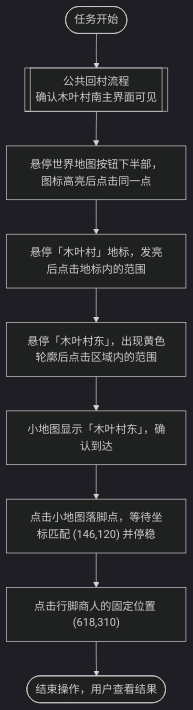
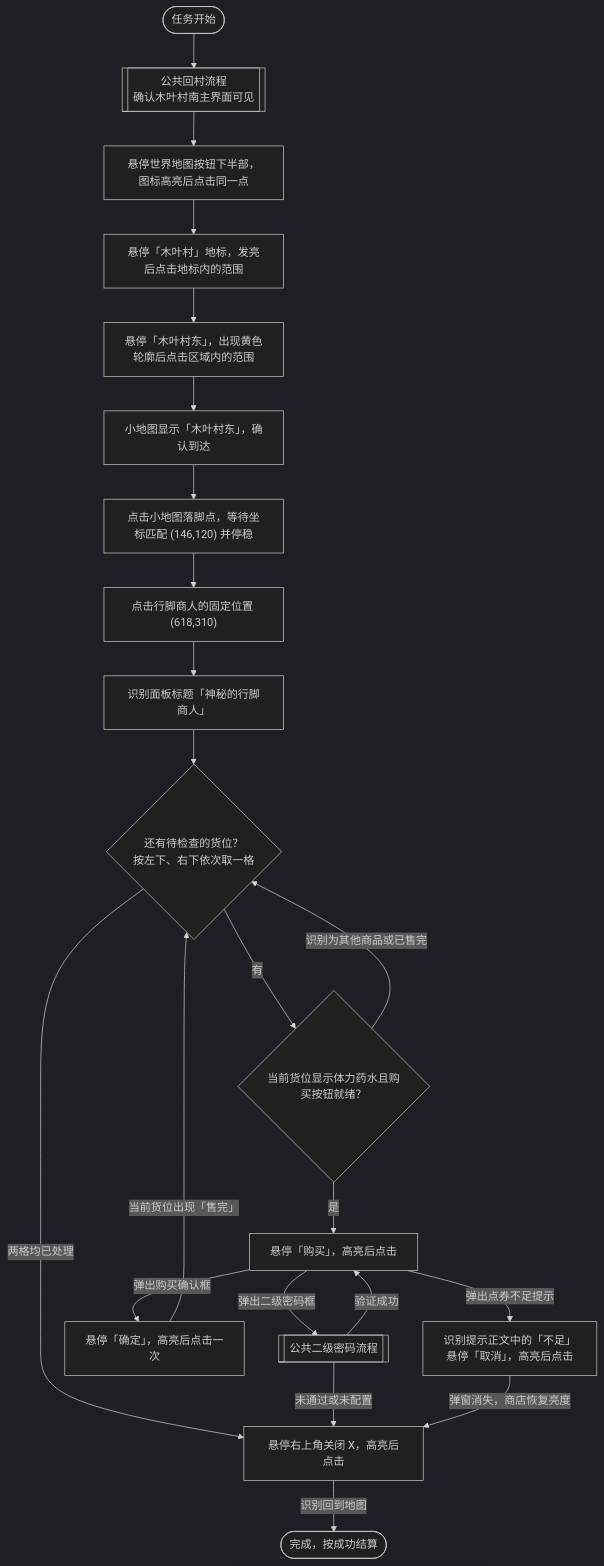
Before and after one commit to ArcherSore/MaaNOP: the diagram in docs/zh_cn/流程图/行脚商人.md, drawn with Mermaid (dark theme). The commit also changed other lines of this file and 8 other files, not shown here.

````diff
--- a/docs/zh_cn/流程图/行脚商人.md
+++ b/docs/zh_cn/流程图/行脚商人.md
@@ -7,11 +9,25 @@
 ```mermaid
 flowchart TD
     Start([任务开始]) --> Return[["公共回村流程<br/>确认木叶村南主界面可见"]]
     Return --> World["悬停世界地图按钮下半部，图标高亮后点击同一点"]
     World --> Konoha["悬停「木叶村」地标，发亮后点击地标内的范围"]
     Konoha --> East["悬停「木叶村东」，出现黄色轮廓后点击区域内的范围"]
     East --> Arrive["小地图显示「木叶村东」，确认到达"]
     Arrive --> Park["点击小地图落脚点，等待坐标匹配 (146,120) 并停稳"]
     Park --> NPC["点击行脚商人的固定位置 (618,310)"]
-    NPC --> Stop(["结束操作，用户查看结果"])
+    NPC --> Shop["识别面板标题「神秘的行脚商人」"]
+    Shop --> NextSlot{"还有待检查的货位？<br/>按左下、右下依次取一格"}
+    NextSlot -->|有| Slot{"当前货位显示体力药水且购买按钮就绪？"}
+    NextSlot -->|两格均已处理| Close
+    Slot -->|识别为其他商品或已售完| NextSlot
+    Slot -->|是| Buy["悬停「购买」，高亮后点击"]
+    Buy -->|弹出二级密码框| Password[["公共二级密码流程"]]
+    Password -->|验证成功| Buy
+    Password -->|未通过或未配置| Close
+    Buy -->|弹出购买确认框| Confirm["悬停「确定」，高亮后点击一次"]
+    Buy -->|弹出点券不足提示| Poor["识别提示正文中的「不足」<br/>悬停「取消」，高亮后点击"]
+    Confirm -->|当前货位出现「售完」| NextSlot
+    Poor -->|弹窗消失，商店恢复亮度| Close
+    Close["悬停右上角关闭 X，高亮后点击"]
+    Close -->|识别回到地图| Done([完成，按成功结算])
 ```
````
